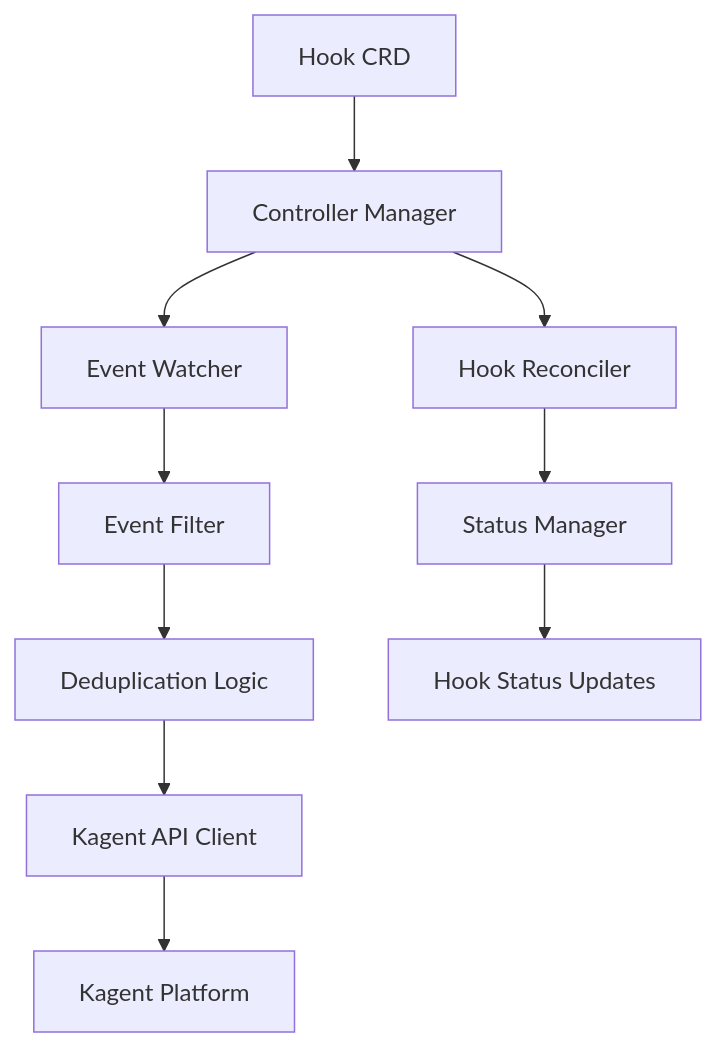
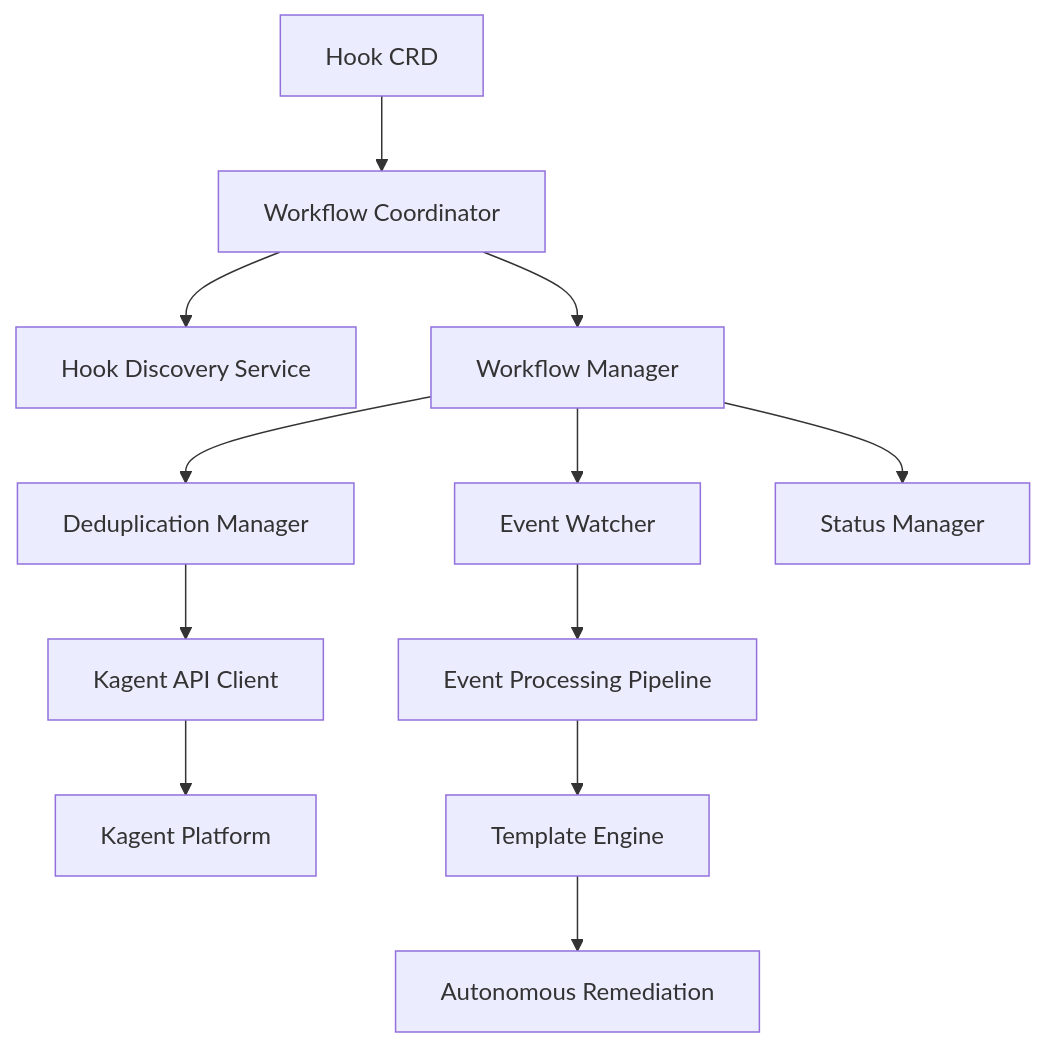
The diagram in specs/design.md (kagent-dev/khook), drawn with Mermaid before and after one commit. The commit also changed other lines of this file, not shown here.

````diff
--- a/specs/design.md
+++ b/specs/design.md
@@ -11,12 +11,14 @@
 ```mermaid
 graph TB
-    A[Hook CRD] --> B[Controller Manager]
-    B --> C[Event Watcher]
-    B --> D[Hook Reconciler]
-    C --> E[Event Filter]
-    E --> F[Deduplication Logic]
-    F --> G[Kagent API Client]
-    G --> H[Kagent Platform]
-    D --> I[Status Manager]
-    I --> J[Hook Status Updates]
+    A[Hook CRD] --> B[Workflow Coordinator]
+    B --> C[Hook Discovery Service]
+    B --> D[Workflow Manager]
+    D --> E[Event Watcher]
+    D --> F[Deduplication Manager]
+    D --> G[Status Manager]
+    F --> H[Kagent API Client]
+    H --> I[Kagent Platform]
+    E --> J[Event Processing Pipeline]
+    J --> K[Template Engine]
+    K --> L[Autonomous Remediation]
 ```
````
